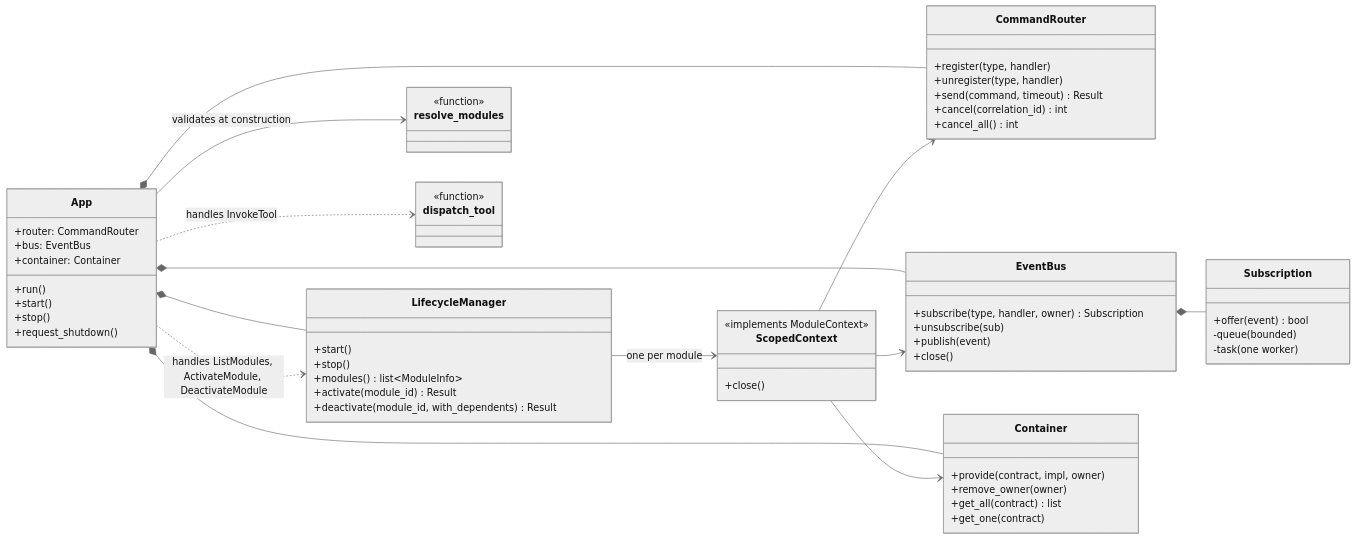
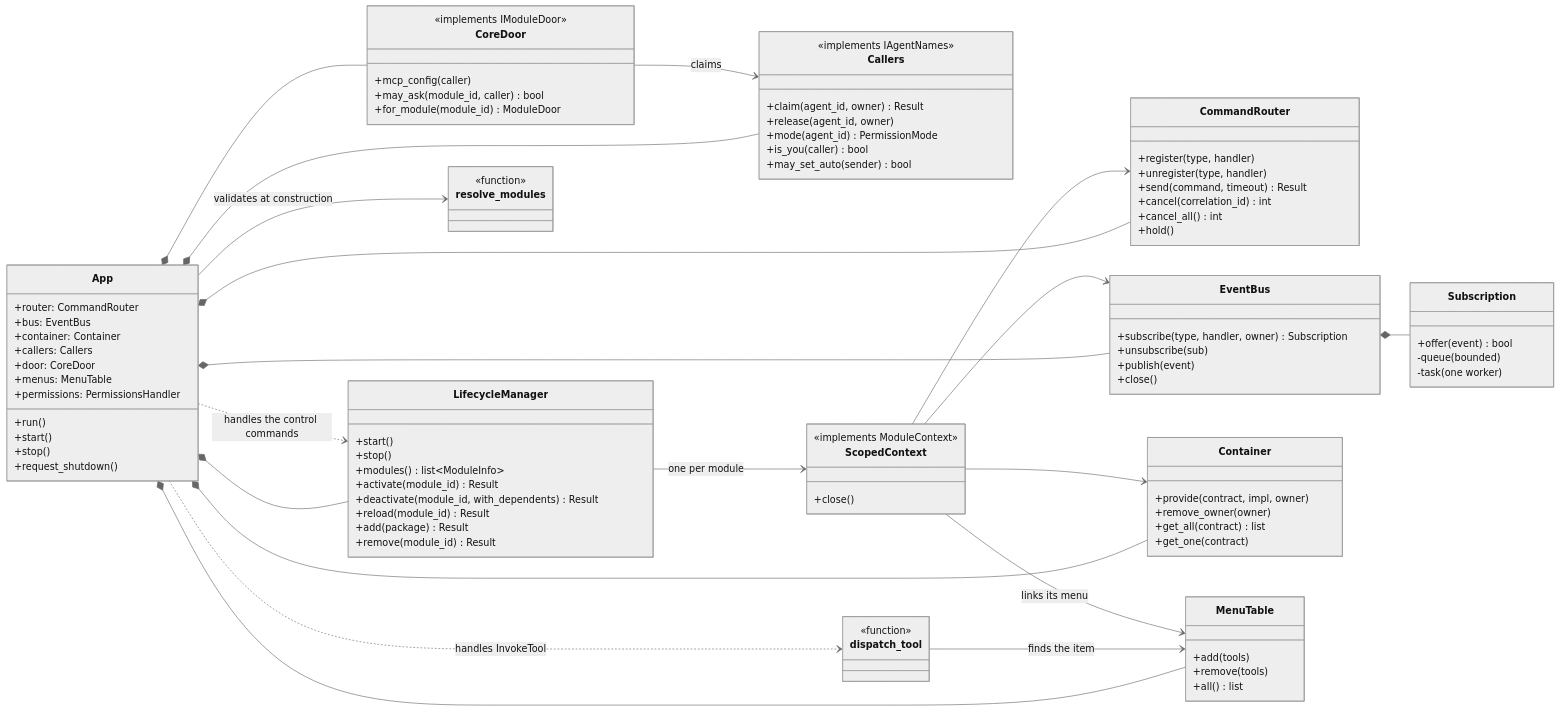
One commit to sharramon/AI_Assistant changed the first of 4 diagrams in docs/architecture/core.md. Above: the diagram before and after it, drawn with Mermaid (neutral theme). The commit also changed other lines of this file and 84 other files, not shown here.

Commit message:
Architecture docs audit: pages checked against the code; seven new SVGs replace the six stale ones; the README bird's-eye; API pages; links to deleted notes fixed; the audit note

````diff
--- a/docs/architecture/core.md
+++ b/docs/architecture/core.md
@@ -61,6 +77,10 @@
         +router: CommandRouter
         +bus: EventBus
         +container: Container
+        +callers: Callers
+        +door: CoreDoor
+        +menus: MenuTable
+        +permissions: PermissionsHandler
         +run()
         +start()
         +stop()
@@ -72,6 +92,9 @@
         +modules() list~ModuleInfo~
         +activate(module_id) Result
         +deactivate(module_id, with_dependents) Result
+        +reload(module_id) Result
+        +add(package) Result
+        +remove(module_id) Result
     }
     class CommandRouter {
         +register(type, handler)
@@ -79,6 +102,7 @@
         +send(command, timeout) Result
         +cancel(correlation_id) int
         +cancel_all() int
+        +hold()
     }
     class EventBus {
         +subscribe(type, handler, owner) Subscription
@@ -97,6 +121,25 @@
         +get_all(contract) list
         +get_one(contract)
     }
+    class Callers {
+        <<implements IAgentNames>>
+        +claim(agent_id, owner) Result
+        +release(agent_id, owner)
+        +mode(agent_id) PermissionMode
+        +is_you(caller) bool
+        +may_set_auto(sender) bool
+    }
+    class CoreDoor {
+        <<implements IModuleDoor>>
+        +mcp_config(caller)
+        +may_ask(module_id, caller) bool
+        +for_module(module_id) ModuleDoor
+    }
+    class MenuTable {
+        +add(tools)
+        +remove(tools)
+        +all() list
+    }
     class ScopedContext {
         <<implements ModuleContext>>
         +close()
@@ -113,11 +156,17 @@
     App *-- CommandRouter
     App *-- EventBus
     App *-- Container
+    App *-- Callers
+    App *-- CoreDoor
+    App *-- MenuTable
     App ..> dispatch_tool : handles InvokeTool
-    App ..> LifecycleManager : handles ListModules, ActivateModule, DeactivateModule
+    App ..> LifecycleManager : handles the control commands
+    dispatch_tool --> MenuTable : finds the item
+    CoreDoor --> Callers : claims
     LifecycleManager --> ScopedContext : one per module
     ScopedContext --> CommandRouter
     ScopedContext --> EventBus
     ScopedContext --> Container
+    ScopedContext --> MenuTable : links its menu
     EventBus *-- Subscription
 ```
````
